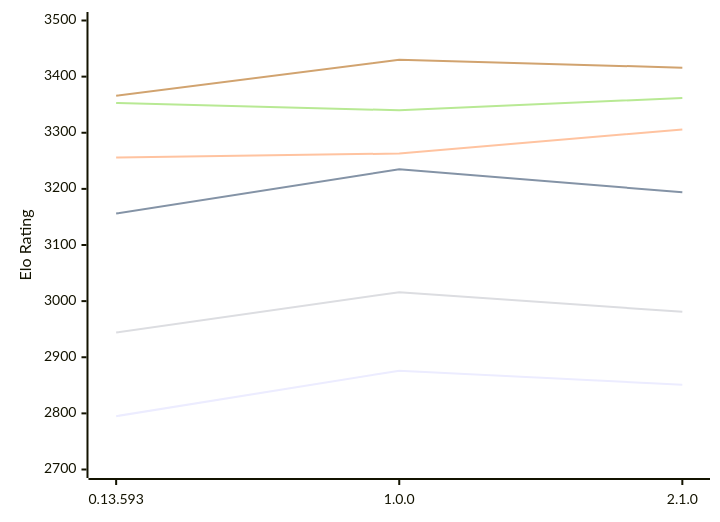
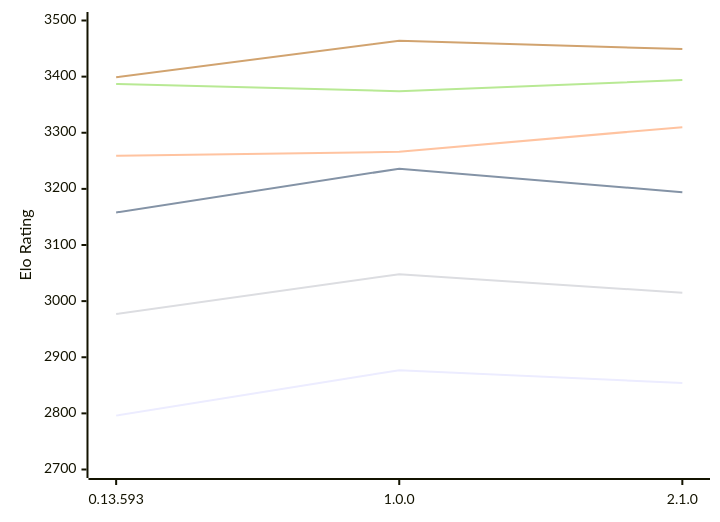
One commit to computer-chess-index/cci changed the diagram in engines/Pawnstar.md. Above: the diagram before and after it, drawn with Mermaid. The commit also changed other lines of this file, not shown here.

Commit message:
Update CCI Ratings (ELO VLTC) - 2026-11-05

````diff
--- a/engines/Pawnstar.md
+++ b/engines/Pawnstar.md
@@ -51,12 +51,12 @@
 ```mermaid
 %%{init: {"theme":"base","themeVariables":{"seriesColors:['#a3a3a3','#222221','#faa371']}}}%%
 xychart-beta
   x-axis ["0.13.593", "1.0.0", "2.1.0"]
   y-axis "Elo Rating" 2700 --> 3500
-  line "E1: STC (8.0+0.08s)" [2795, 2876, 2851]
-  line "E1: LTC (60.0+0.60s)" [3156, 3235, 3194]
-  line "E1: VLTC (2m24s+1.12s)" [3256, 3263, 3306]
-  line "P1: STC (8.0+0.08s)" [2944, 3016, 2981]
-  line "P1: LTC (60.0+0.60s)" [3353, 3340, 3362]
-  line "P1: VLTC (2m24s+1.12s)" [3366, 3430, 3416]
+  line "E1: STC (8.0+0.08s)" [2796, 2877, 2854]
+  line "E1: LTC (60.0+0.60s)" [3158, 3236, 3194]
+  line "E1: VLTC (2m24s+1.12s)" [3259, 3266, 3310]
+  line "P1: STC (8.0+0.08s)" [2977, 3048, 3015]
+  line "P1: LTC (60.0+0.60s)" [3387, 3374, 3394]
+  line "P1: VLTC (2m24s+1.12s)" [3399, 3464, 3449]
 ```
````
